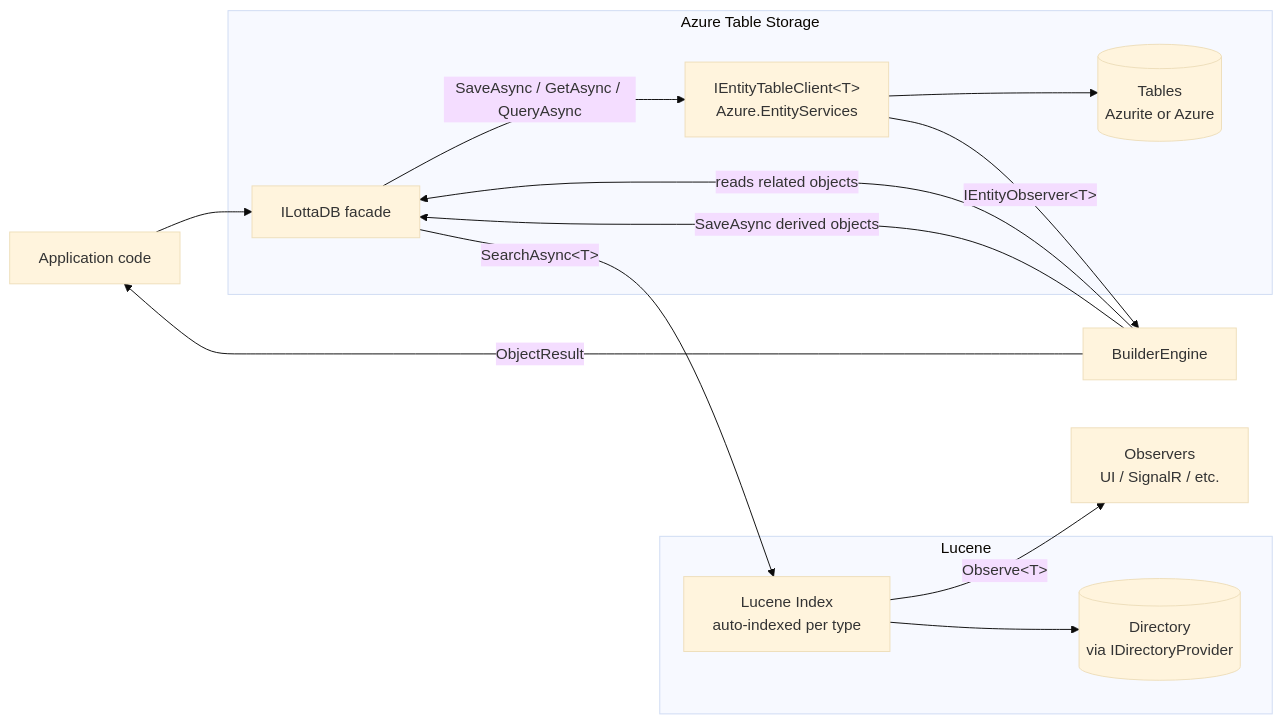
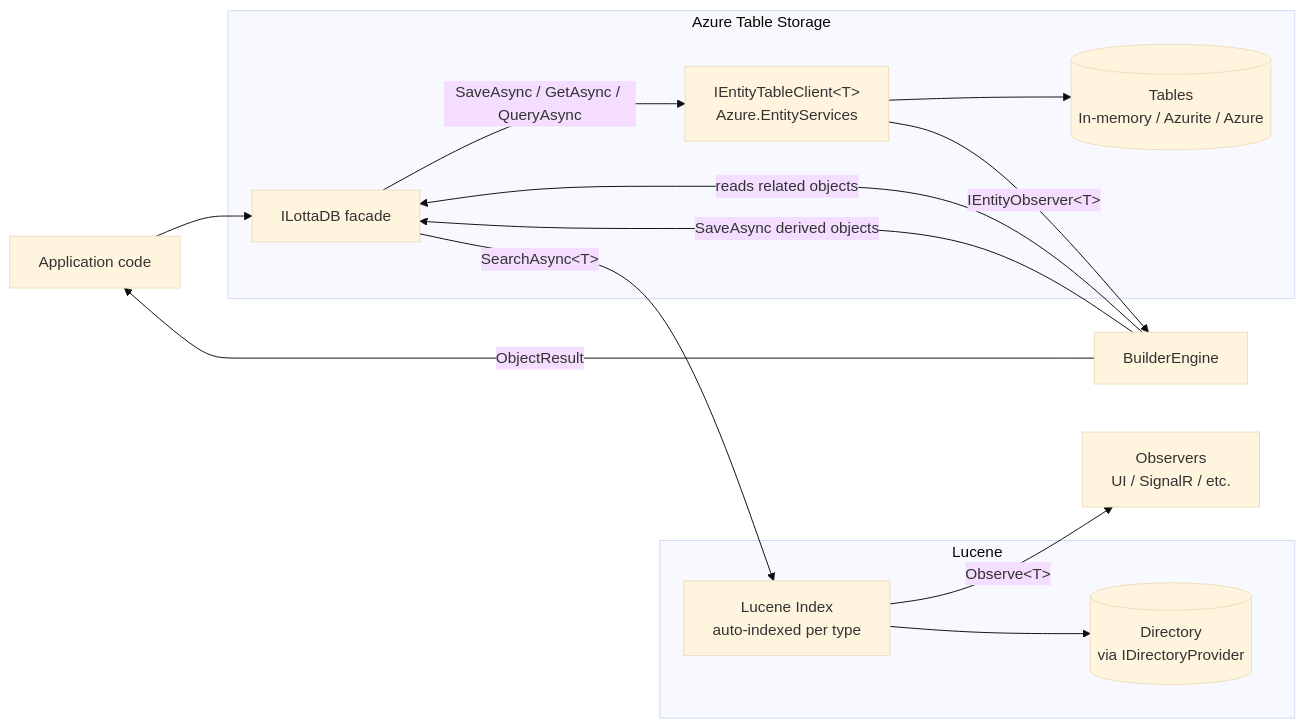
Before and after one commit to tomlm/LottaDB: the first of 4 diagrams in Architecture.md, drawn with Mermaid (base theme). The commit also changed other lines of this file and 1 other file, not shown here.

First line of the commit message:
Add in-process testing story: Spotflow + RAMDirectory, no Azurite needed

````diff
--- a/Architecture.md
+++ b/Architecture.md
@@ -25,21 +25,21 @@
 ```mermaid
 flowchart LR
     App[Application code] --> Facade[ILottaDB facade]
 
     subgraph "Azure Table Storage"
         Facade -->|"SaveAsync / GetAsync / QueryAsync"| ETC[IEntityTableClient&lt;T&gt;<br/>Azure.EntityServices]
-        ETC --> Tables[(Tables<br/>Azurite or Azure)]
+        ETC --> Tables[(Tables<br/>In-memory / Azurite / Azure)]
     end
 
     ETC -->|"IEntityObserver&lt;T&gt;"| Engine[BuilderEngine]
     Engine -->|"reads related objects"| Facade
     Engine -->|"SaveAsync derived objects"| Facade
 
     subgraph "Lucene"
         Facade -->|"SearchAsync&lt;T&gt;"| Index[Lucene Index<br/>auto-indexed per type]
         Index --> Dir[(Directory<br/>via IDirectoryProvider)]
     end
 
     Index -->|"Observe&lt;T&gt;"| Observers[Observers<br/>UI / SignalR / etc.]
     Engine -->|"ObjectResult"| App
 ```
````
